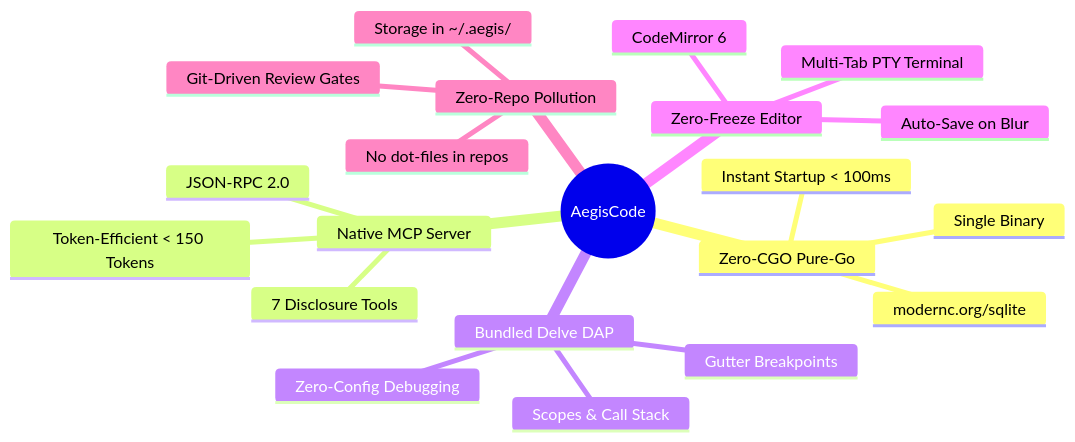
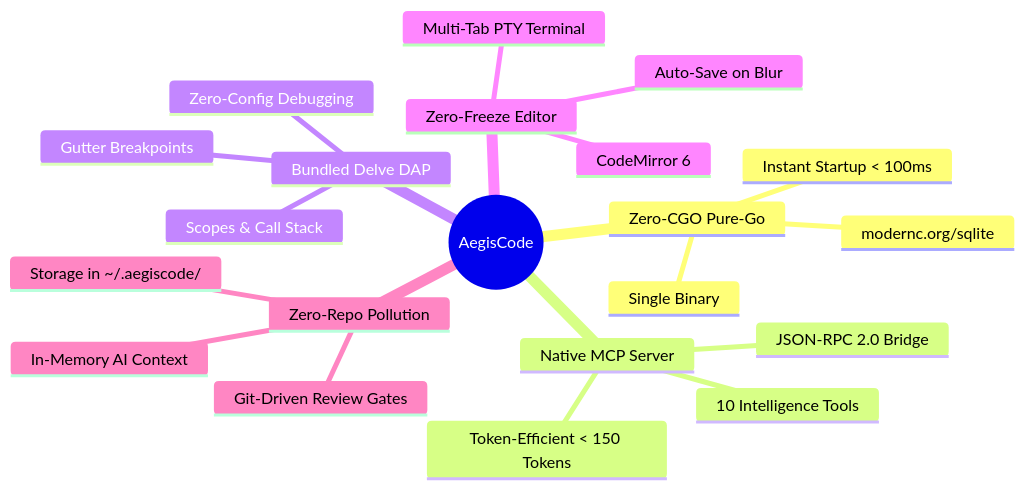
Before and after one commit to aditlab-code/AegisCode: the first of 2 diagrams in README.md, drawn with Mermaid. The commit also changed other lines of this file and 17 other files, not shown here.

First line of the commit message:
feat: integrate CodeGraph MCP in AI Drawer, add in-memory context injection, and align documentation

````diff
--- a/README.md
+++ b/README.md
@@ -39,24 +39,24 @@
 ```mermaid
 mindmap
   root((AegisCode))
     Zero-CGO Pure-Go
       Single Binary
       modernc.org/sqlite
       Instant Startup &lt; 100ms
     Native MCP Server
-      JSON-RPC 2.0
-      7 Disclosure Tools
+      JSON-RPC 2.0 Bridge
+      10 Intelligence Tools
       Token-Efficient &lt; 150 Tokens
     Bundled Delve DAP
       Zero-Config Debugging
       Gutter Breakpoints
       Scopes & Call Stack
     Zero-Freeze Editor
       CodeMirror 6
       Auto-Save on Blur
       Multi-Tab PTY Terminal
     Zero-Repo Pollution
-      Storage in ~/.aegis/
-      No dot-files in repos
+      Storage in ~/.aegiscode/
+      In-Memory AI Context
       Git-Driven Review Gates
 ```
````
